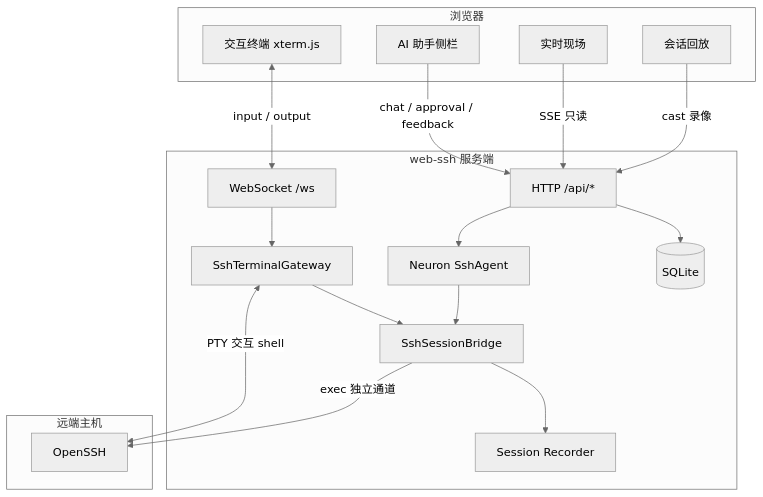
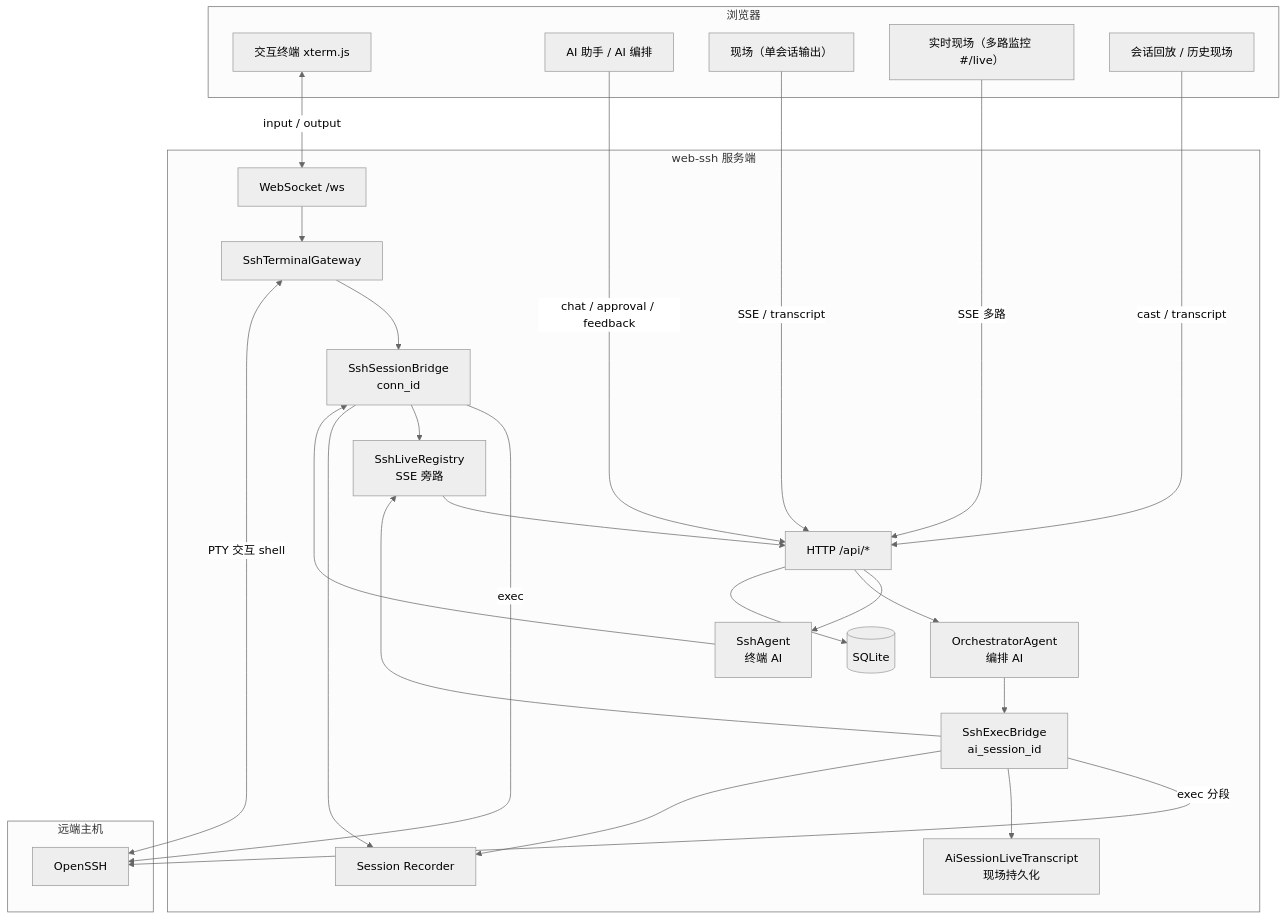
Before and after one commit to reactphp-x/web-ssh: the first of 5 diagrams in README.md, drawn with Mermaid (neutral theme). The commit also changed other lines of this file and 2 other files, not shown here.

First line of the commit message:
Update README architecture docs and add AI session column splitter.

````diff
--- a/README.md
+++ b/README.md
@@ -45,36 +47,50 @@
 ```mermaid
 flowchart TB
     subgraph Browser["浏览器"]
         T["交互终端 xterm.js"]
-        A["AI 助手侧栏"]
-        L["实时现场"]
-        R["会话回放"]
+        A["AI 助手 / AI 编排"]
+        F["现场（单会话输出）"]
+        L["实时现场（多路监控 #/live）"]
+        R["会话回放 / 历史现场"]
     end
 
     subgraph Server["web-ssh 服务端"]
         API["HTTP /api/*"]
         WS["WebSocket /ws"]
         GW["SshTerminalGateway"]
-        BR["SshSessionBridge"]
-        AG["Neuron SshAgent"]
+        BR["SshSessionBridge<br/>conn_id"]
+        EB["SshExecBridge<br/>ai_session_id"]
+        LIVE["SshLiveRegistry<br/>SSE 旁路"]
+        TX["AiSessionLiveTranscript<br/>现场持久化"]
+        AG1["SshAgent<br/>终端 AI"]
+        AG2["OrchestratorAgent<br/>编排 AI"]
         REC["Session Recorder"]
         DB[("SQLite")]
     end
 
     subgraph Remote["远端主机"]
         SSH["OpenSSH"]
     end
 
     T <-->|input / output| WS
     A -->|chat / approval / feedback| API
-    L -->|SSE 只读| API
-    R -->|cast 录像| API
+    F -->|SSE / transcript| API
+    L -->|SSE 多路| API
+    R -->|cast / transcript| API
     WS --> GW
-    API --> AG
+    API --> AG1
+    API --> AG2
     GW --> BR
     GW <-->|PTY 交互 shell| SSH
-    BR -->|exec 独立通道| SSH
-    AG --> BR
+    AG1 --> BR
+    AG2 --> EB
+    BR -->|exec| SSH
+    EB -->|exec 分段| SSH
+    BR --> LIVE
+    EB --> LIVE
+    EB --> TX
     BR --> REC
+    EB --> REC
+    LIVE --> API
     API --> DB
 ```
````
